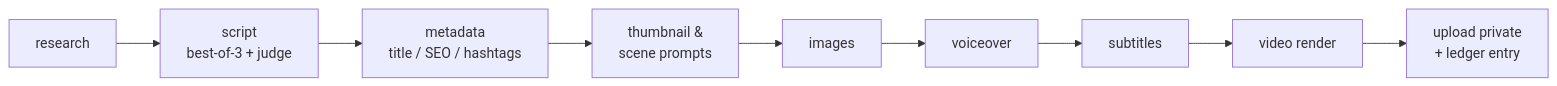
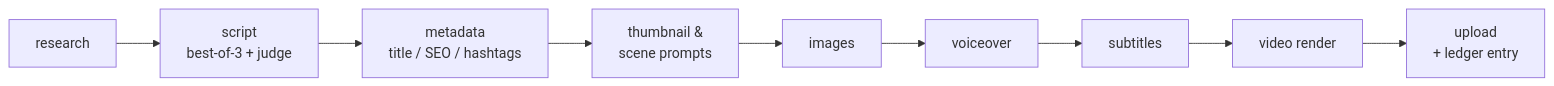
Before and after one commit to Nagukore/yt-automation-oss: the first of 2 diagrams in README.md, drawn with Mermaid. The commit also changed other lines of this file, not shown here.

````diff
--- a/README.md
+++ b/README.md
@@ -27,11 +32,11 @@
 ```mermaid
 flowchart LR
     A[research] --> B[script<br/>best-of-3 + judge]
     B --> C[metadata<br/>title / SEO / hashtags]
     C --> D[thumbnail &<br/>scene prompts]
     D --> E[images]
     E --> F[voiceover]
     F --> G[subtitles]
     G --> H[video render]
-    H --> I[upload private<br/>+ ledger entry]
+    H --> I[upload<br/>+ ledger entry]
 ```
````
